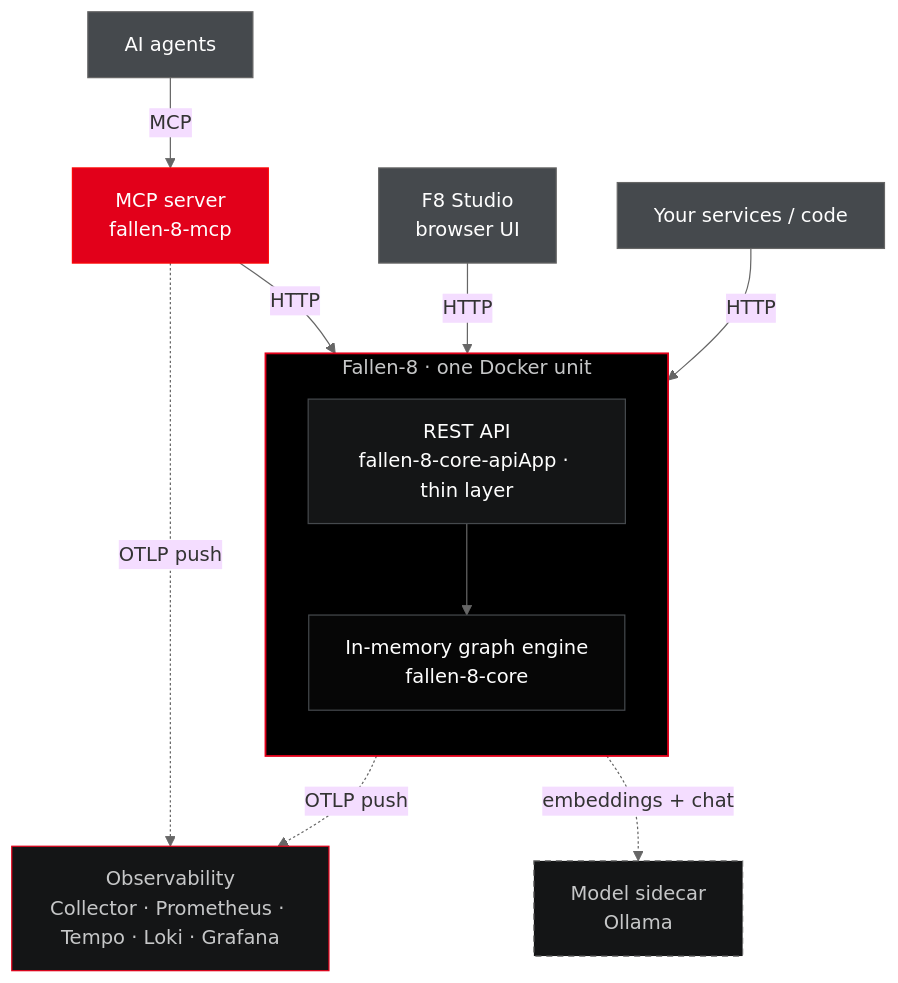
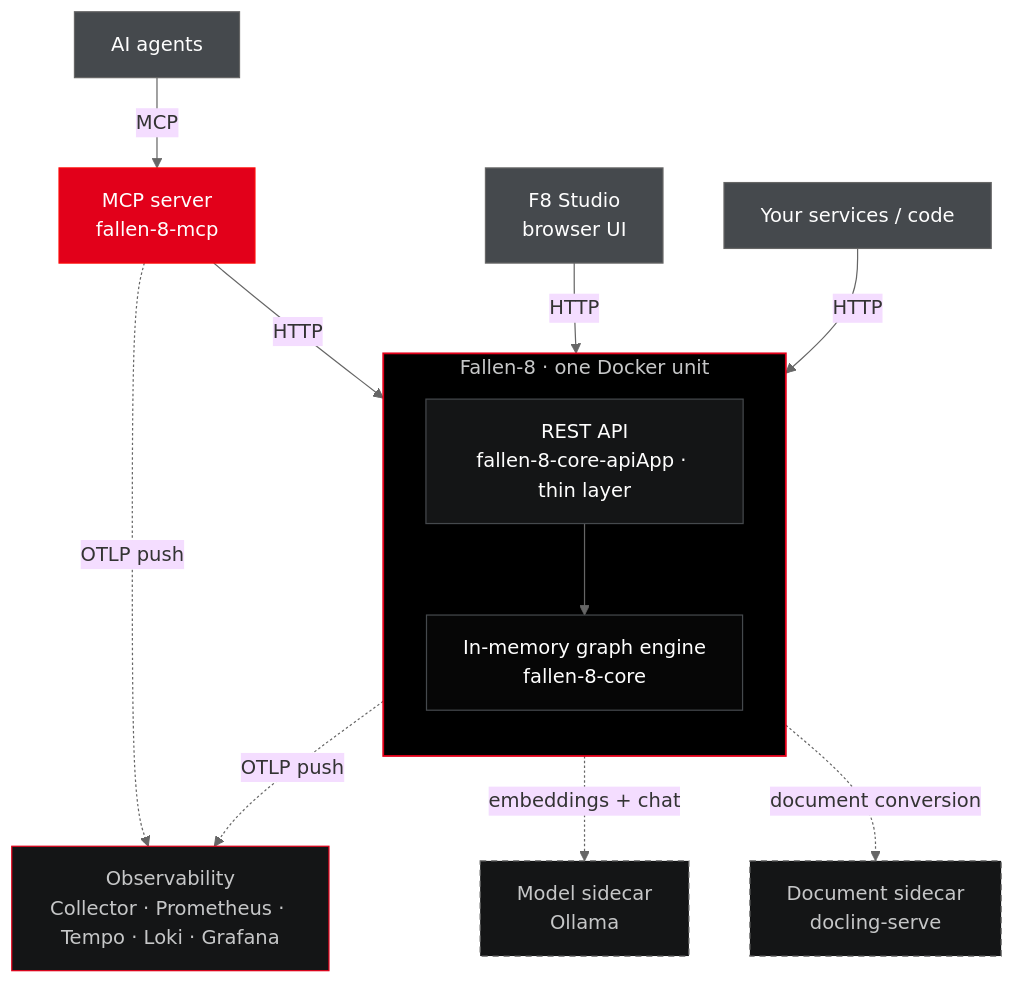
Before and after one commit to cosh/fallen-8-core: the diagram in README.md, drawn with Mermaid. The commit also changed other lines of this file and 26 other files, not shown here.

First line of the commit message:
unstructured-ingestion: docs page, diagrams, README, screenshots (phase 8)

````diff
--- a/README.md
+++ b/README.md
@@ -78,35 +81,37 @@
 ```mermaid
 %%{init: {'theme':'base','themeVariables':{'fontFamily':'ui-monospace, SFMono-Regular, Menlo, Consolas, monospace','lineColor':'#666666'}}}%%
 flowchart TB
     agents["AI agents"]:::client
     studio["F8 Studio<br/>browser UI"]:::client
     services["Your services / code"]:::client
 
     mcp["MCP server<br/>fallen-8-mcp"]:::mcp
 
     subgraph unit["Fallen-8 · one Docker unit"]
         direction TB
         rest["REST API<br/>fallen-8-core-apiApp · thin layer"]:::api
         engine["In-memory graph engine<br/>fallen-8-core"]:::engine
         rest --> engine
     end
 
     sidecar["Model sidecar<br/>Ollama"]:::ext
+    docling["Document sidecar<br/>docling-serve"]:::ext
     obs["Observability<br/>Collector · Prometheus · Tempo · Loki · Grafana"]:::obs
 
     agents -->|MCP| mcp
     mcp -->|HTTP| rest
     studio -->|HTTP| rest
     services -->|HTTP| rest
     rest -.->|embeddings + chat| sidecar
+    rest -.->|document conversion| docling
     rest -.->|OTLP push| obs
     mcp -.->|OTLP push| obs
 
     classDef client fill:#45494D,stroke:#666666,color:#FEFEFE
     classDef mcp fill:#E2001A,stroke:#FC0606,color:#FEFEFE
     classDef api fill:#141516,stroke:#45494D,color:#FEFEFE
     classDef engine fill:#060606,stroke:#45494D,color:#FEFEFE
     classDef ext fill:#141516,stroke:#666666,color:#C6C7C8,stroke-dasharray:5 4
     classDef obs fill:#141516,stroke:#E2001A,color:#C6C7C8
     style unit fill:#000000,stroke:#E2001A,stroke-width:1.5px,color:#C6C7C8
 ```
````
